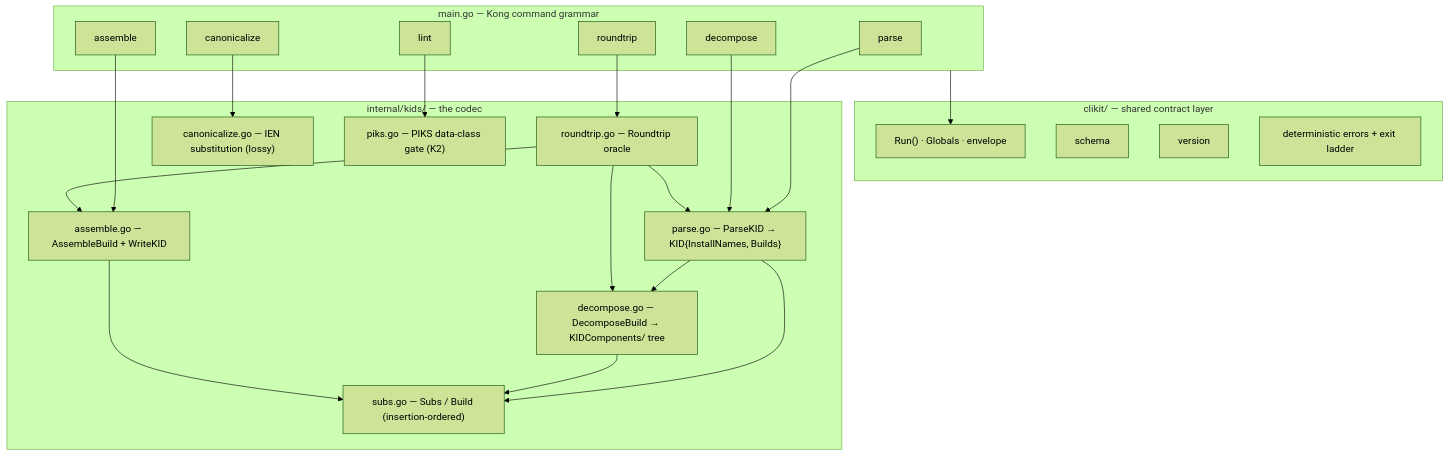
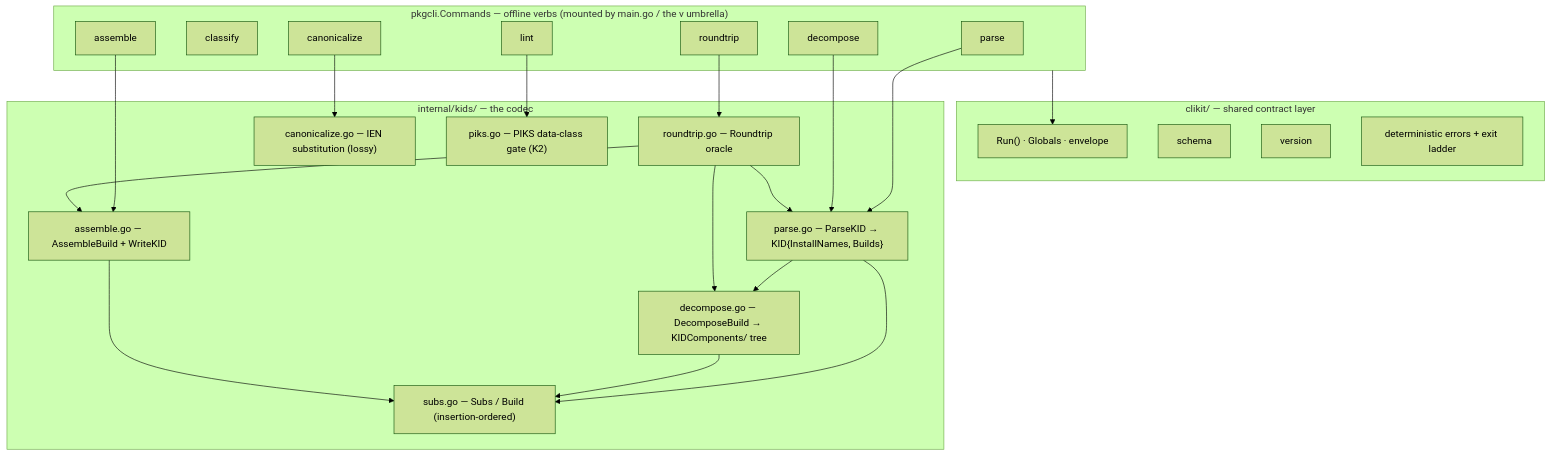
The first of 6 diagrams in docs/design/architecture.md (vista-cloud-dev/v-pkg), drawn with Mermaid (forest theme) before and after one commit. The commit also changed 9 other files, not shown here.

````diff
--- a/docs/design/architecture.md
+++ b/docs/design/architecture.md
@@ -126,42 +126,43 @@
 ```mermaid
 flowchart TB
-    subgraph CLI["main.go — Kong command grammar"]
+    subgraph CLI["pkgcli.Commands — offline verbs (mounted by main.go / the v umbrella)"]
         parse["parse"]
+        classify["classify"]
         decompose["decompose"]
         assemble["assemble"]
         roundtrip["roundtrip"]
         canon["canonicalize"]
         lint["lint"]
     end
 
     subgraph clikit["clikit/ — shared contract layer"]
         run["Run() · Globals · envelope"]
         schema["schema"]
         version["version"]
         errs["deterministic errors + exit ladder"]
     end
 
     subgraph codec["internal/kids/ — the codec"]
         parser["parse.go — ParseKID → KID{InstallNames, Builds}"]
         model["subs.go — Subs / Build (insertion-ordered)"]
         dec["decompose.go — DecomposeBuild → KIDComponents/ tree"]
         asm["assemble.go — AssembleBuild + WriteKID"]
         rt["roundtrip.go — Roundtrip oracle"]
         cz["canonicalize.go — IEN substitution (lossy)"]
         piks["piks.go — PIKS data-class gate (K2)"]
     end
 
     parse --> parser
     decompose --> parser --> dec
     assemble --> asm
     roundtrip --> rt
     canon --> cz
     lint --> piks
     CLI --> run
     parser --> model
     dec --> model
     asm --> model
     rt --> parser
     rt --> dec
     rt --> asm
 ```
````
